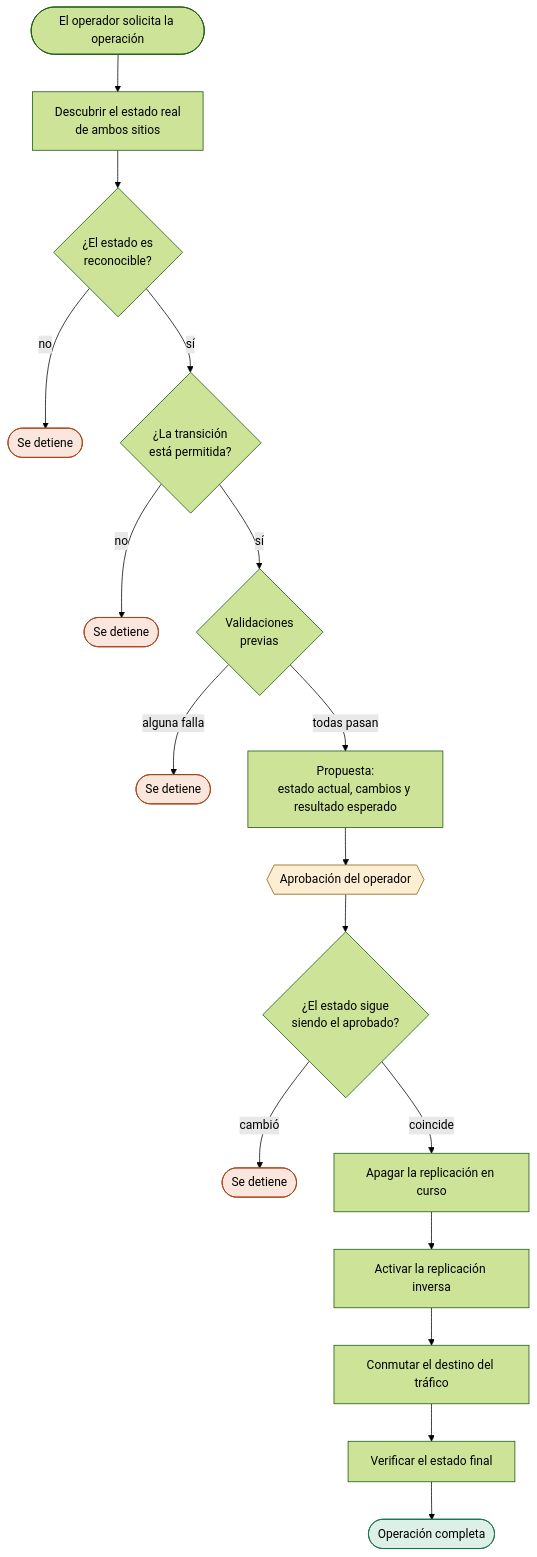
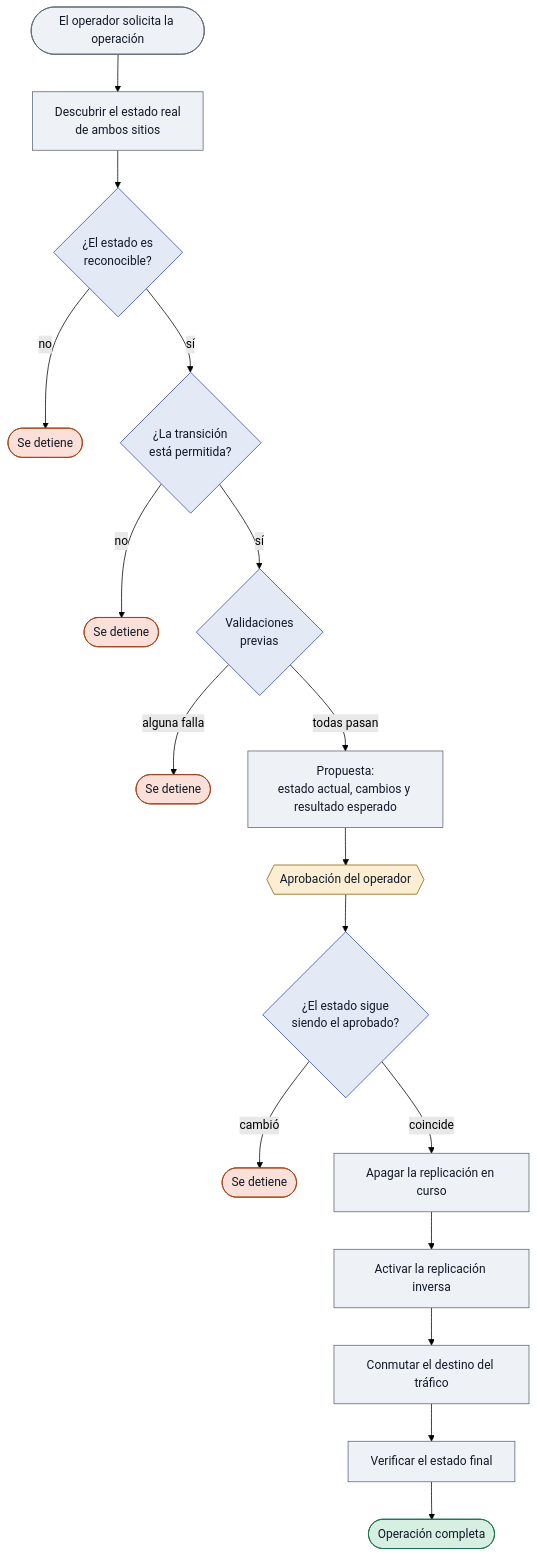
The diagram in README.md (Crittan01/aap-kafka-automation), drawn with Mermaid (forest theme) before and after one commit.

Commit message:
Diagrama: fijar el color del texto para que se lea en tema oscuro

````diff
--- a/README.md
+++ b/README.md
@@ -15,26 +15,31 @@
 ```mermaid
 flowchart TD
     OP([El operador solicita la operación]) --> DESC[Descubrir el estado real<br/>de ambos sitios]
     DESC --> COH{¿El estado es<br/>reconocible?}
     COH -->|no| S1([Se detiene])
     COH -->|sí| VAL{¿La transición<br/>está permitida?}
     VAL -->|no| S2([Se detiene])
     VAL -->|sí| PRE{Validaciones<br/>previas}
     PRE -->|alguna falla| S3([Se detiene])
     PRE -->|todas pasan| PROP[Propuesta:<br/>estado actual, cambios y resultado esperado]
     PROP --> APR{{Aprobación del operador}}
     APR --> REV{¿El estado sigue<br/>siendo el aprobado?}
     REV -->|cambió| S4([Se detiene])
     REV -->|coincide| EX1[Apagar la replicación en curso]
     EX1 --> EX2[Activar la replicación inversa]
     EX2 --> EX3[Conmutar el destino del tráfico]
     EX3 --> VER[Verificar el estado final]
     VER --> FIN([Operación completa])
 
-    style S1 fill:#fae6dc,stroke:#a13d12
-    style S2 fill:#fae6dc,stroke:#a13d12
-    style S3 fill:#fae6dc,stroke:#a13d12
-    style S4 fill:#fae6dc,stroke:#a13d12
-    style APR fill:#fbeed3,stroke:#8a5a00
-    style FIN fill:#dcf0e5,stroke:#136c46
+    classDef paso    fill:#eef2f7,stroke:#5a6474,color:#111827
+    classDef decision fill:#e3eaf5,stroke:#2b46ae,color:#111827
+    classDef detiene fill:#fae0d8,stroke:#a13d12,color:#111827
+    classDef aprueba fill:#fbeed3,stroke:#8a5a00,color:#111827
+    classDef fin     fill:#d7efe2,stroke:#136c46,color:#111827
+
+    class OP,DESC,PROP,EX1,EX2,EX3,VER paso
+    class COH,VAL,PRE,REV decision
+    class S1,S2,S3,S4 detiene
+    class APR aprueba
+    class FIN fin
 ```
````
